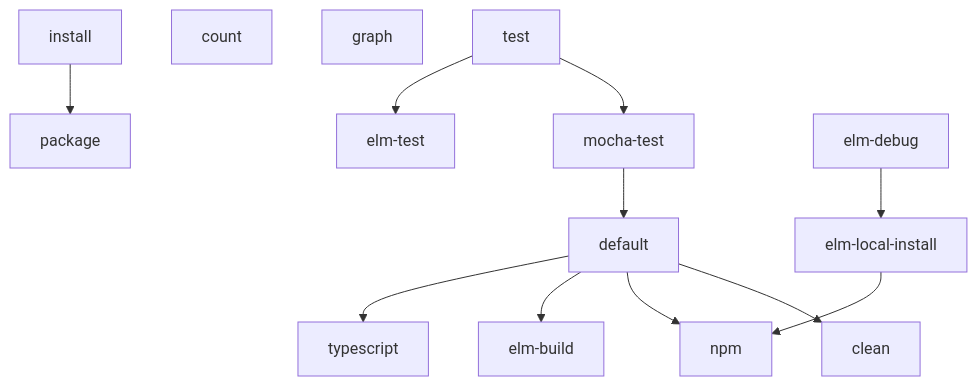
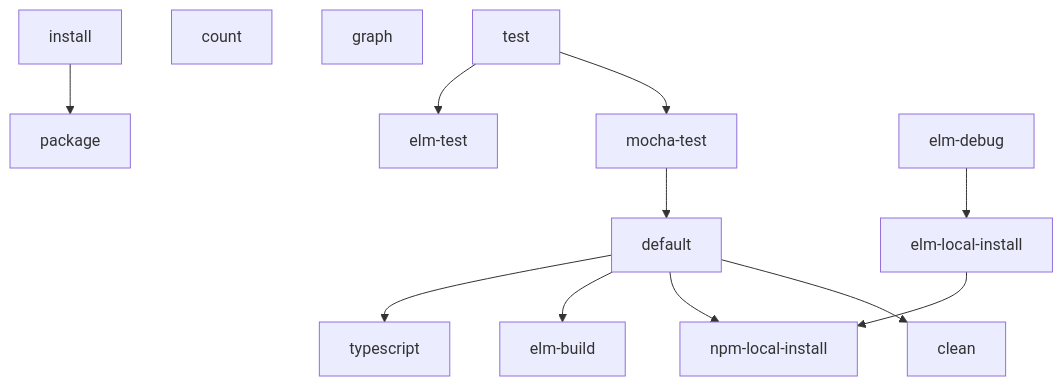
One commit to DavidLGoldberg/jumpy2 changed the diagram in Makefile.md. Above: the diagram before and after it, drawn with Mermaid. The commit also changed 1 other file, not shown here.

Commit message:
:wrench: Use more `npx` for `Makefile`

````diff
--- a/Makefile.md
+++ b/Makefile.md
@@ -3,20 +3,20 @@
 ```mermaid
 graph TD
   default --> clean
-  default --> npm
+  default --> npm-local-install
   default --> elm-build
   default --> typescript
 
   test --> mocha-test
   mocha-test --> default
   test --> elm-test
 
   count
 
   _["graph"]
 
   install --> package
 
   elm-debug --> elm-local-install
-  elm-local-install --> npm
+  elm-local-install --> npm-local-install
 ```
````
